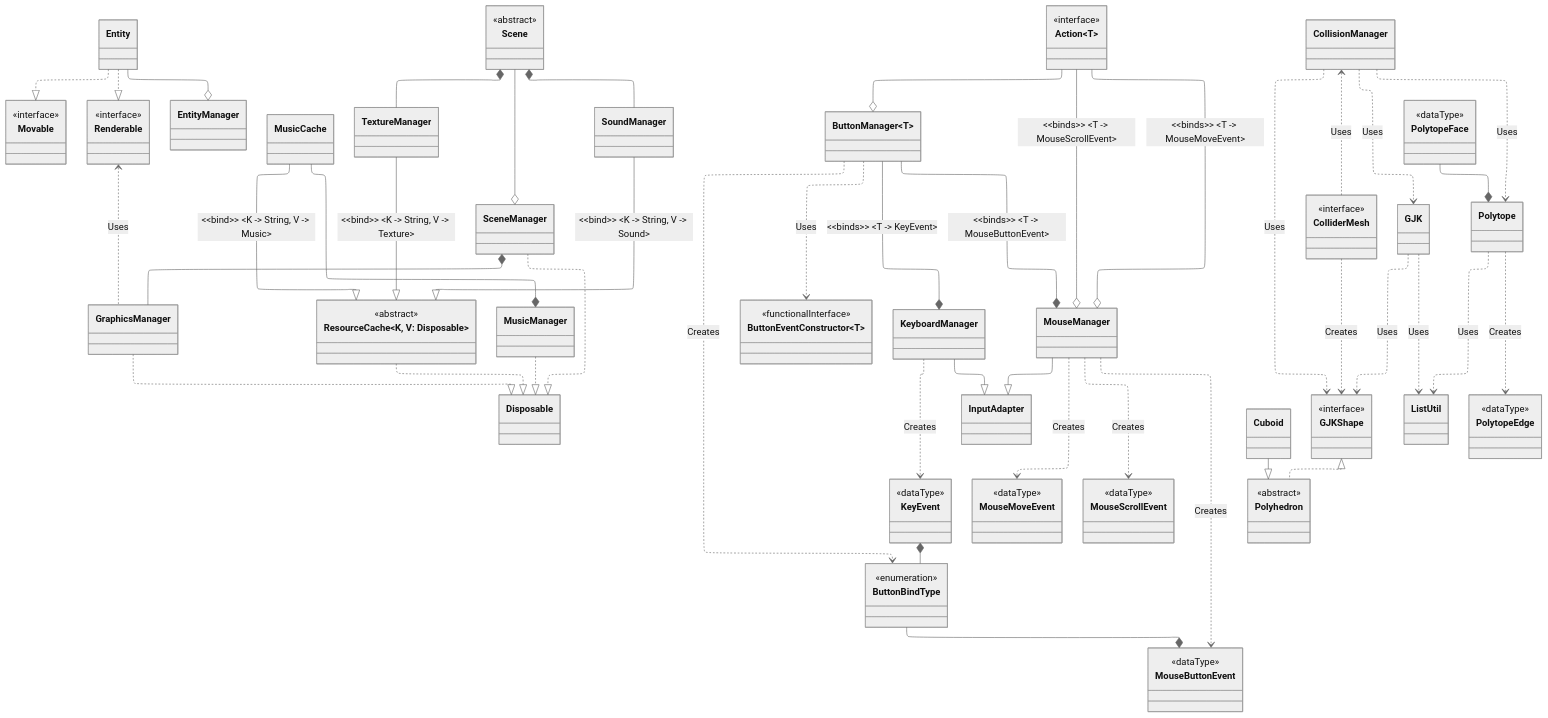
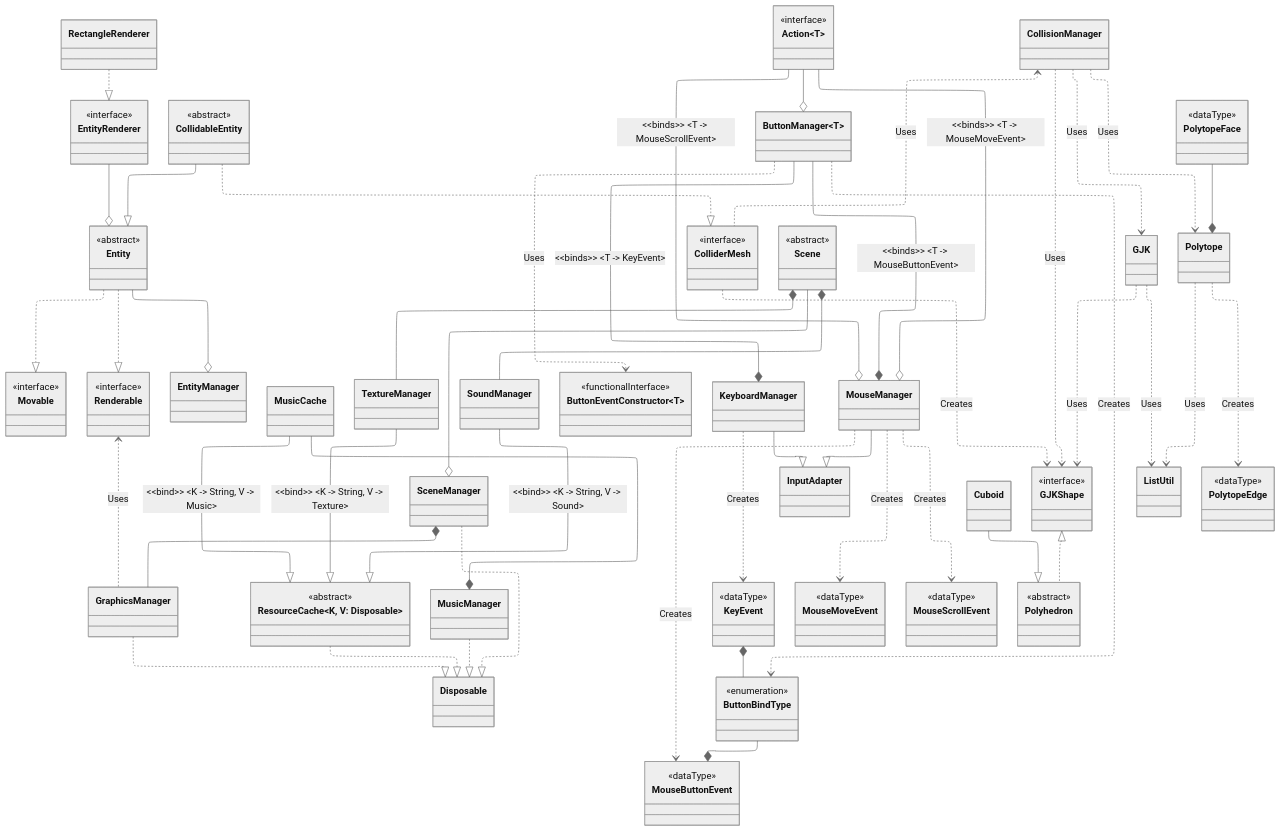
One commit to TemariVirus/harbour-franca changed the diagram in class-diagram/main.mmd. Above: the diagram before and after it, drawn with Mermaid. The commit also changed 15 other files, not shown here.

```diff
--- a/class-diagram/main.mmd
+++ b/class-diagram/main.mmd
@@ -1,118 +1,134 @@
 ---
 config:
     theme: neutral
     layout: elk
     defaultRenderer: elk
     elk:
         nodePlacementStrategy: NETWORK_SIMPLEX
 ---
 
 classDiagram
     Entity ..|> Movable
     Entity ..|> Renderable
+    EntityRenderer --o Entity
+    RectangleRenderer ..|> EntityRenderer
     Entity --o EntityManager
+    CollidableEntity --|> Entity
+    CollidableEntity ..|> ColliderMesh
     GraphicsManager ..|> Disposable
     Renderable <.. GraphicsManager: Uses
     ResourceCache~K&comma; V: Disposable~ ..|> Disposable
     MusicCache --|> ResourceCache~K&comma; V: Disposable~: #60;#60;bind#62;#62; #60;K -> String, V -> Music#62;
     MusicCache --* MusicManager
     Scene --o SceneManager
     SceneManager ..|> Disposable
     SceneManager *-- GraphicsManager
     MusicManager ..|> Disposable
     TextureManager --|> ResourceCache~K&comma; V: Disposable~: #60;#60;bind#62;#62; #60;K -> String, V -> Texture#62;
     Scene *-- TextureManager
     SoundManager --|> ResourceCache~K&comma; V: Disposable~: #60;#60;bind#62;#62; #60;K -> String, V -> Sound#62;
     Scene *-- SoundManager
     KeyEvent *-- ButtonBindType
     ButtonBindType --* MouseButtonEvent
     Action~T~ --o ButtonManager~T~
     ButtonManager~T~ ..> ButtonEventConstructor~T~: Uses
     ButtonManager~T~ ..> ButtonBindType: Creates
     ButtonManager~T~ --* KeyboardManager: #60;#60;binds#62;#62; #60;T -> KeyEvent#62;
     KeyboardManager --|> InputAdapter
     KeyboardManager ..> KeyEvent: Creates
     Action~T~ --o MouseManager: #60;#60;binds#62;#62; #60;T -> MouseMoveEvent#62;
     Action~T~ --o MouseManager: #60;#60;binds#62;#62; #60;T -> MouseScrollEvent#62;
     ButtonManager~T~ --* MouseManager: #60;#60;binds#62;#62; #60;T -> MouseButtonEvent#62;
     MouseManager ..> MouseButtonEvent: Creates
     MouseManager ..> MouseMoveEvent: Creates
     MouseManager ..> MouseScrollEvent: Creates
     MouseManager --|> InputAdapter
     Cuboid --|> Polyhedron
     GJKShape <|.. Polyhedron
     ColliderMesh ..> GJKShape: Creates
     CollisionManager ..> GJK: Uses
     CollisionManager ..> GJKShape: Uses
     CollisionManager <.. ColliderMesh: Uses
     CollisionManager ..> Polytope: Uses
     GJK ..> GJKShape: Uses
     GJK ..> ListUtil: Uses
     Polytope ..> ListUtil: Uses
     Polytope ..> PolytopeEdge: Creates
     PolytopeFace --* Polytope
 
 
+    class Entity {
+        <<abstract>>
+    }
+
+    class CollidableEntity {
+        <<abstract>>
+    }
+
     class Action~T~ {
         <<interface>>
     }
 
     class Movable {
         <<interface>>
     }
 
     class ColliderMesh {
         <<interface>>
     }
 
-    class Renderable~T~ {
+    class Renderable {
+        <<interface>>
+    }
+
+    class EntityRenderer {
         <<interface>>
     }
 
     class GJKShape {
         <<interface>>
     }
 
     class PolytopeEdge {
         <<dataType>>
     }
 
     class PolytopeFace {
         <<dataType>>
     }
 
     class Polyhedron {
         <<abstract>>
     }
 
     class ResourceCache~K&comma; V: Disposable~ {
         <<abstract>>
     }
 
     class Scene {
         <<abstract>>
     }
 
     class ButtonBindType {
         <<enumeration>>
     }
 
     class ButtonEventConstructor~T~ {
         <<functionalInterface>>
     }
 
     class KeyEvent {
         <<dataType>>
     }
 
     class MouseButtonEvent {
         <<dataType>>
     }
 
     class MouseMoveEvent {
         <<dataType>>
     }
 
     class MouseScrollEvent {
         <<dataType>>
     }
```
